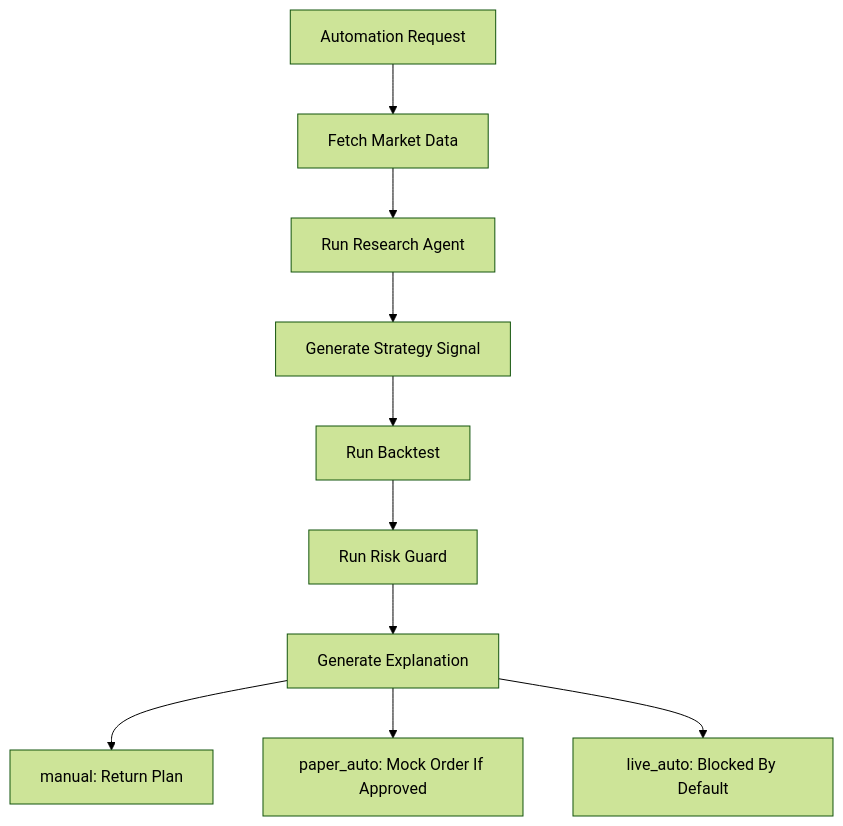
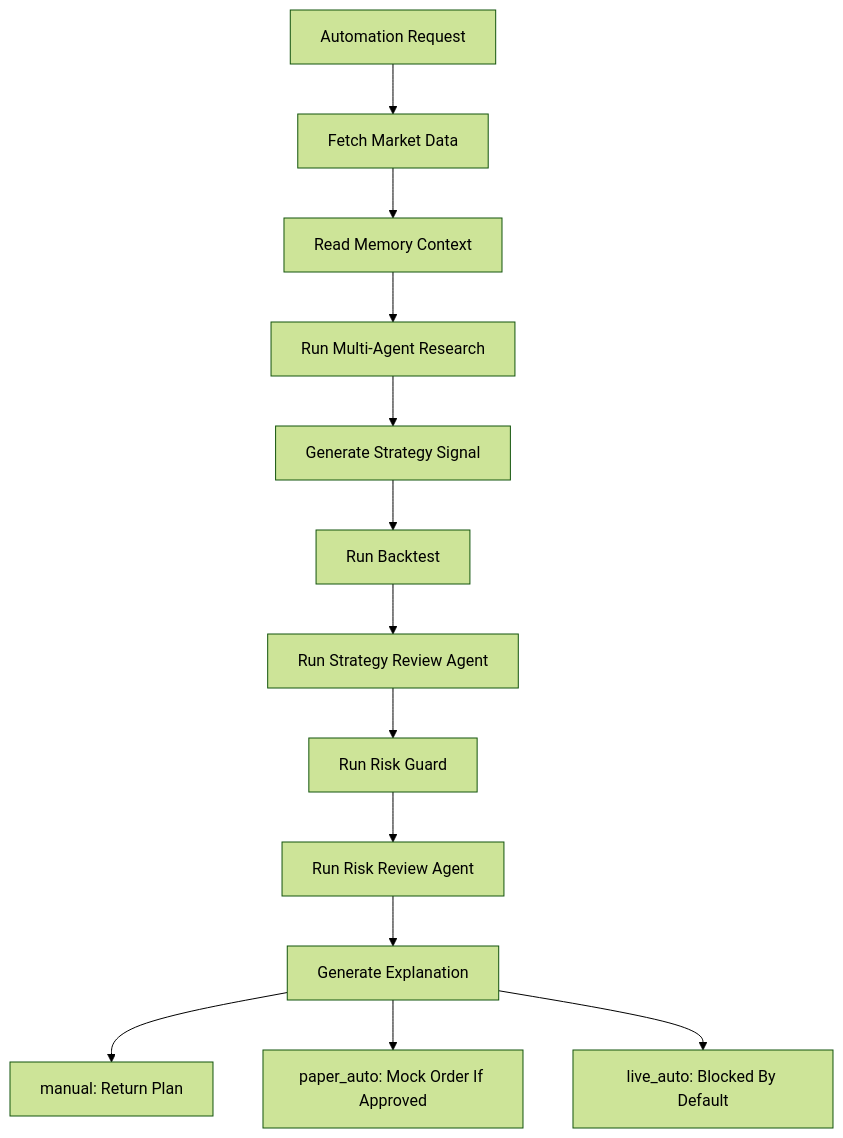
The first of 2 diagrams in docs/architecture.md (BradenZhang/AlphaMesh), drawn with Mermaid (forest theme) before and after one commit. The commit also changed other lines of this file and 54 other files, not shown here.

First line of the commit message:
feat: enhance memory retrieval and context compression

````diff
--- a/docs/architecture.md
+++ b/docs/architecture.md
@@ -24,12 +26,15 @@
 ```mermaid
 flowchart TD
   Request["Automation Request"] --> Market["Fetch Market Data"]
-  Market --> Research["Run Research Agent"]
+  Market --> Memory["Read Memory Context"]
+  Memory --> Research["Run Multi-Agent Research"]
   Research --> Strategy["Generate Strategy Signal"]
   Strategy --> Backtest["Run Backtest"]
-  Backtest --> Risk["Run Risk Guard"]
-  Risk --> Explain["Generate Explanation"]
+  Backtest --> StrategyReview["Run Strategy Review Agent"]
+  StrategyReview --> Risk["Run Risk Guard"]
+  Risk --> RiskReview["Run Risk Review Agent"]
+  RiskReview --> Explain["Generate Explanation"]
   Explain --> Manual["manual: Return Plan"]
   Explain --> Paper["paper_auto: Mock Order If Approved"]
   Explain --> Live["live_auto: Blocked By Default"]
 ```
````
